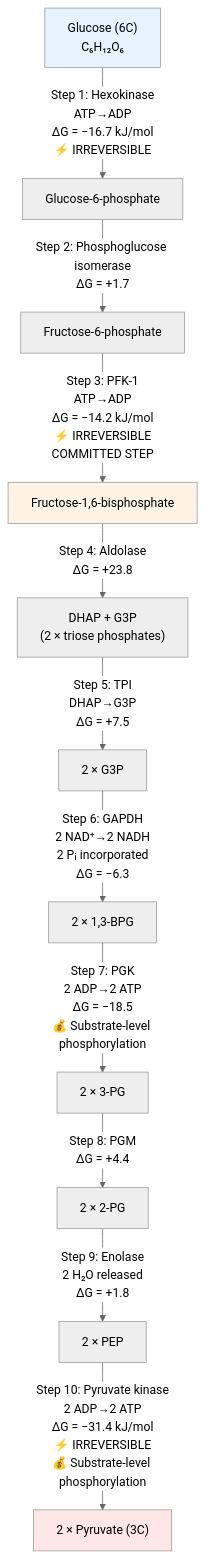
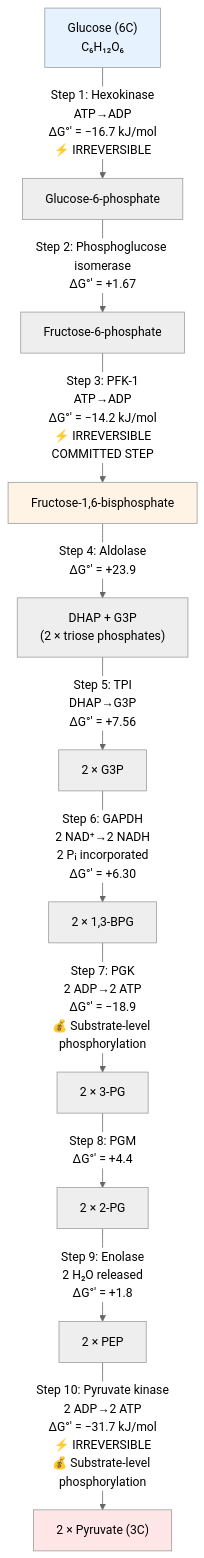
The first of 8 diagrams in docs/manuscript/unit_III/bioenergetics_and_respiration.md (docxology/biology_textbook), drawn with Mermaid (neutral theme) before and after one commit. The commit also changed other lines of this file and 444 other files, not shown here.

````diff
--- a/docs/manuscript/unit_III/bioenergetics_and_respiration.md
+++ b/docs/manuscript/unit_III/bioenergetics_and_respiration.md
@@ -230,17 +229,17 @@
 ```mermaid
 flowchart TD
-    G["Glucose (6C)<br/>C₆H₁₂O₆"] -->|"Step 1: Hexokinase<br/>ATP→ADP<br/>ΔG = −16.7 kJ/mol<br/>⚡ IRREVERSIBLE"| G6P["Glucose-6-phosphate"]
-    G6P -->|"Step 2: Phosphoglucose isomerase<br/>ΔG = +1.7"| F6P["Fructose-6-phosphate"]
-    F6P -->|"Step 3: PFK-1<br/>ATP→ADP<br/>ΔG = −14.2 kJ/mol<br/>⚡ IRREVERSIBLE<br/>COMMITTED STEP"| F16BP["Fructose-1,6-bisphosphate"]
-    F16BP -->|"Step 4: Aldolase<br/>ΔG = +23.8"| TwoC3["DHAP + G3P<br/>(2 × triose phosphates)"]
-    TwoC3 -->|"Step 5: TPI<br/>DHAP→G3P<br/>ΔG = +7.5"| G3Px2["2 × G3P"]
-    G3Px2 -->|"Step 6: GAPDH<br/>2 NAD⁺→2 NADH<br/>2 Pᵢ incorporated<br/>ΔG = −6.3"| BPG["2 × 1,3-BPG"]
-    BPG -->|"Step 7: PGK<br/>2 ADP→2 ATP<br/>ΔG = −18.5<br/>💰 Substrate-level phosphorylation"| PG3["2 × 3-PG"]
-    PG3 -->|"Step 8: PGM<br/>ΔG = +4.4"| PG2["2 × 2-PG"]
-    PG2 -->|"Step 9: Enolase<br/>2 H₂O released<br/>ΔG = +1.8"| PEP["2 × PEP"]
-    PEP -->|"Step 10: Pyruvate kinase<br/>2 ADP→2 ATP<br/>ΔG = −31.4 kJ/mol<br/>⚡ IRREVERSIBLE<br/>💰 Substrate-level phosphorylation"| PYR["2 × Pyruvate (3C)"]
+    G["Glucose (6C)<br/>C₆H₁₂O₆"] -->|"Step 1: Hexokinase<br/>ATP→ADP<br/>ΔG°′ = −16.7 kJ/mol<br/>⚡ IRREVERSIBLE"| G6P["Glucose-6-phosphate"]
+    G6P -->|"Step 2: Phosphoglucose isomerase<br/>ΔG°′ = +1.67"| F6P["Fructose-6-phosphate"]
+    F6P -->|"Step 3: PFK-1<br/>ATP→ADP<br/>ΔG°′ = −14.2 kJ/mol<br/>⚡ IRREVERSIBLE<br/>COMMITTED STEP"| F16BP["Fructose-1,6-bisphosphate"]
+    F16BP -->|"Step 4: Aldolase<br/>ΔG°′ = +23.9"| TwoC3["DHAP + G3P<br/>(2 × triose phosphates)"]
+    TwoC3 -->|"Step 5: TPI<br/>DHAP→G3P<br/>ΔG°′ = +7.56"| G3Px2["2 × G3P"]
+    G3Px2 -->|"Step 6: GAPDH<br/>2 NAD⁺→2 NADH<br/>2 Pᵢ incorporated<br/>ΔG°′ = +6.30"| BPG["2 × 1,3-BPG"]
+    BPG -->|"Step 7: PGK<br/>2 ADP→2 ATP<br/>ΔG°′ = −18.9<br/>💰 Substrate-level phosphorylation"| PG3["2 × 3-PG"]
+    PG3 -->|"Step 8: PGM<br/>ΔG°′ = +4.4"| PG2["2 × 2-PG"]
+    PG2 -->|"Step 9: Enolase<br/>2 H₂O released<br/>ΔG°′ = +1.8"| PEP["2 × PEP"]
+    PEP -->|"Step 10: Pyruvate kinase<br/>2 ADP→2 ATP<br/>ΔG°′ = −31.7 kJ/mol<br/>⚡ IRREVERSIBLE<br/>💰 Substrate-level phosphorylation"| PYR["2 × Pyruvate (3C)"]
 
     style G fill:#e6f3ff
     style F16BP fill:#fff3e6
     style PYR fill:#ffe6e6
 ```
````
